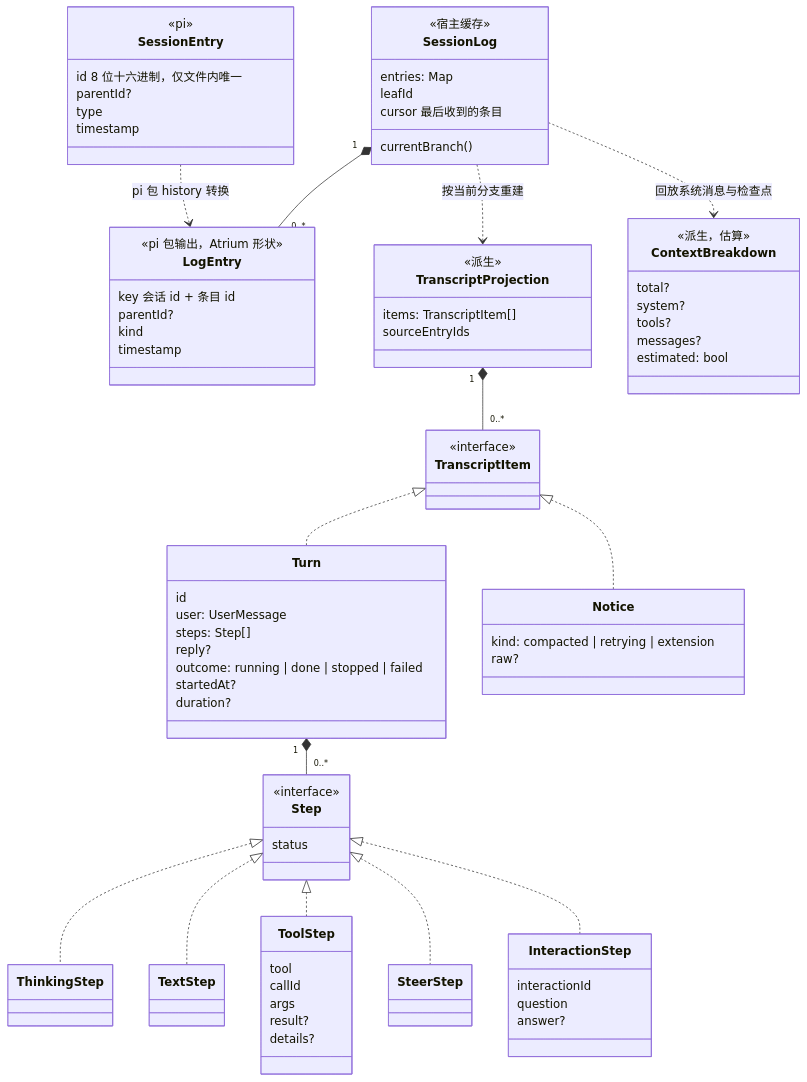
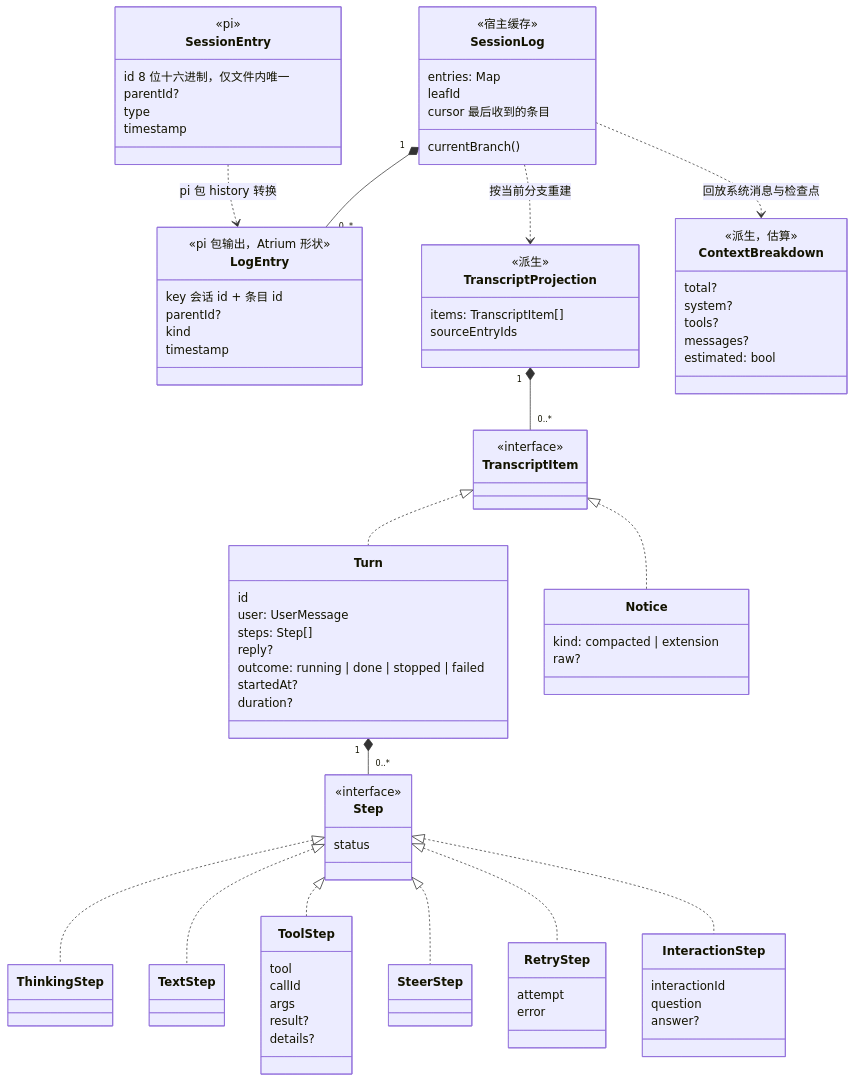
One commit to Wan-Kai/atrium changed the second of 7 diagrams in docs/architecture/domain-model.md. Above: the diagram before and after it, drawn with Mermaid. The commit also changed other lines of this file and 1 other file, not shown here.

Commit message:
docs: show retries as steps inside the turn

````diff
--- a/docs/architecture/domain-model.md
+++ b/docs/architecture/domain-model.md
@@ -160,7 +160,7 @@
       duration?
     }
     class Notice {
-      kind: compacted | retrying | extension
+      kind: compacted | extension
       raw?
     }
     class Step {
@@ -177,6 +177,10 @@
       details?
     }
     class SteerStep
+    class RetryStep {
+      attempt
+      error
+    }
     class InteractionStep {
       interactionId
       question
@@ -195,5 +199,6 @@
     Step <|.. TextStep
     Step <|.. ToolStep
     Step <|.. SteerStep
+    Step <|.. RetryStep
     Step <|.. InteractionStep
 ```
````
